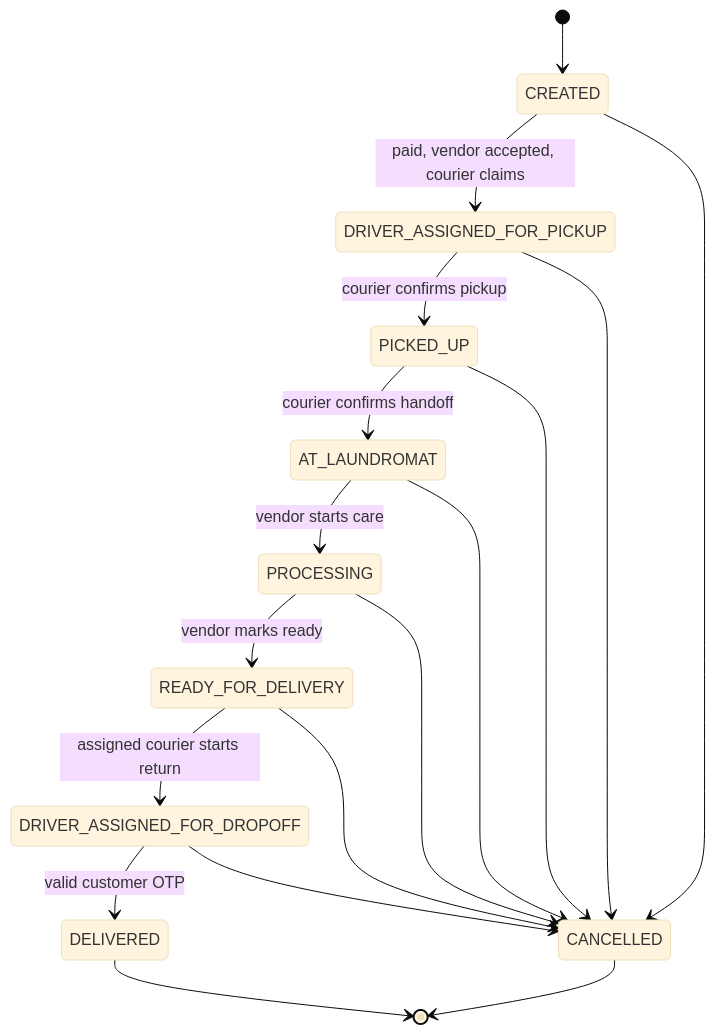
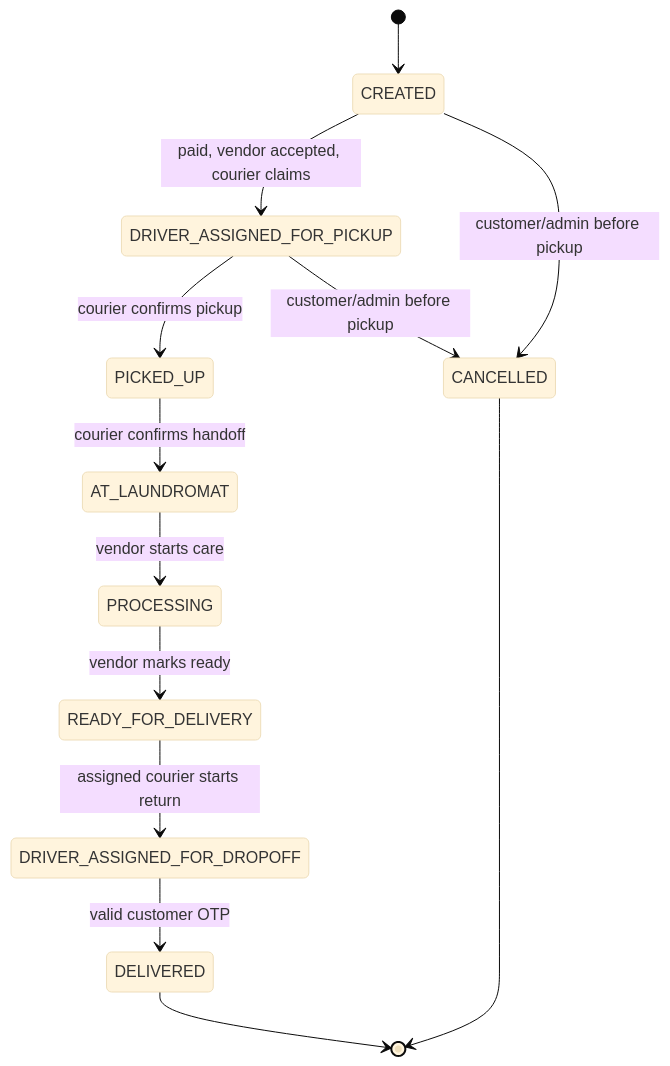
Before and after one commit to Bright-star-cell/Laundry-Map: the second of 3 diagrams in README.md, drawn with Mermaid (base theme). The commit also changed other lines of this file and 30 other files, not shown here.

Commit message:
feat: harden production security and payment flows

````diff
--- a/README.md
+++ b/README.md
@@ -91,20 +91,15 @@
 ```mermaid
 stateDiagram-v2
   [*] --> CREATED
   CREATED --> DRIVER_ASSIGNED_FOR_PICKUP: paid, vendor accepted, courier claims
   DRIVER_ASSIGNED_FOR_PICKUP --> PICKED_UP: courier confirms pickup
   PICKED_UP --> AT_LAUNDROMAT: courier confirms handoff
   AT_LAUNDROMAT --> PROCESSING: vendor starts care
   PROCESSING --> READY_FOR_DELIVERY: vendor marks ready
   READY_FOR_DELIVERY --> DRIVER_ASSIGNED_FOR_DROPOFF: assigned courier starts return
   DRIVER_ASSIGNED_FOR_DROPOFF --> DELIVERED: valid customer OTP
-  CREATED --> CANCELLED
-  DRIVER_ASSIGNED_FOR_PICKUP --> CANCELLED
-  PICKED_UP --> CANCELLED
-  AT_LAUNDROMAT --> CANCELLED
-  PROCESSING --> CANCELLED
-  READY_FOR_DELIVERY --> CANCELLED
-  DRIVER_ASSIGNED_FOR_DROPOFF --> CANCELLED
+  CREATED --> CANCELLED: customer/admin before pickup
+  DRIVER_ASSIGNED_FOR_PICKUP --> CANCELLED: customer/admin before pickup
   DELIVERED --> [*]
   CANCELLED --> [*]
 ```
````
